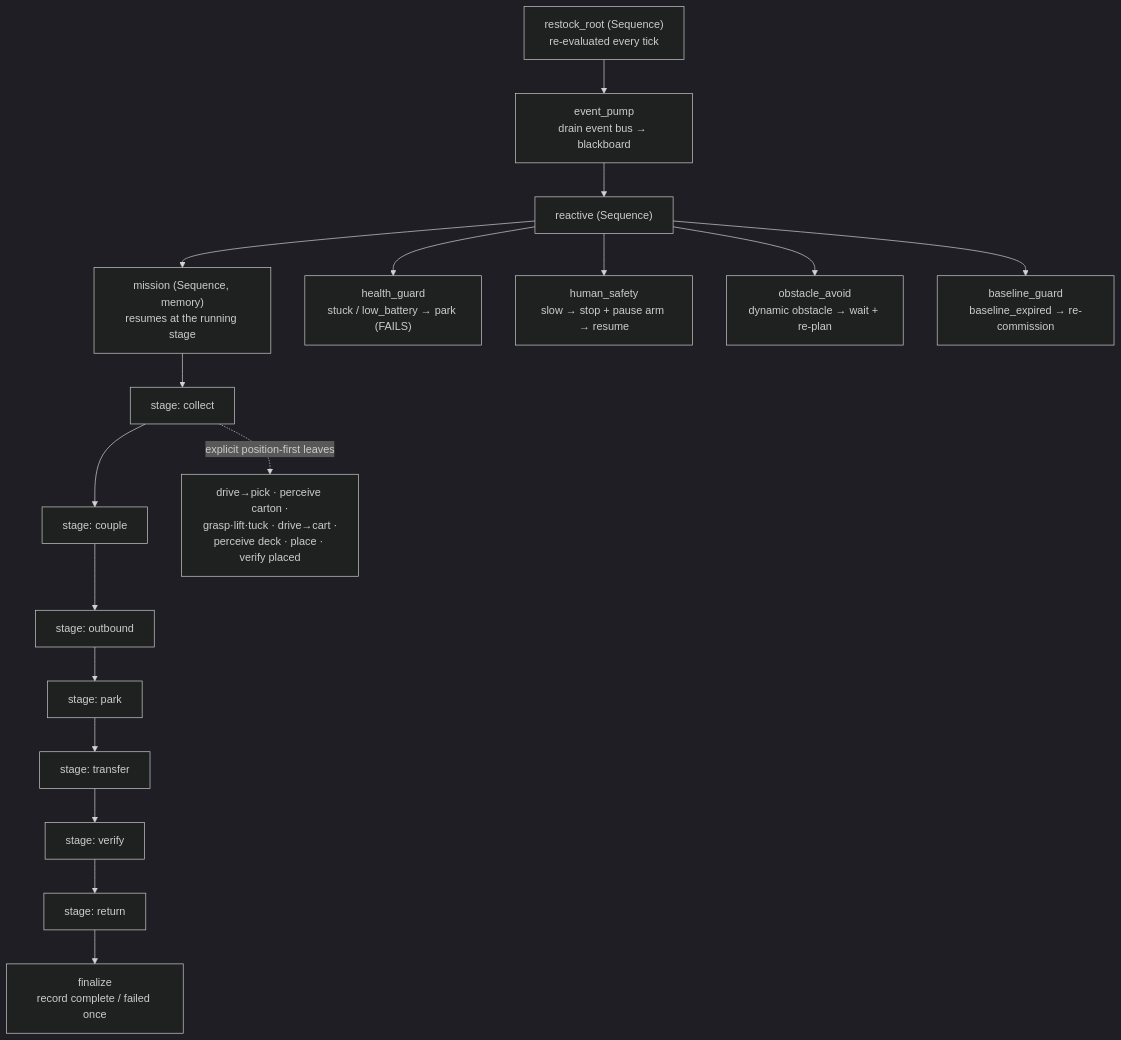
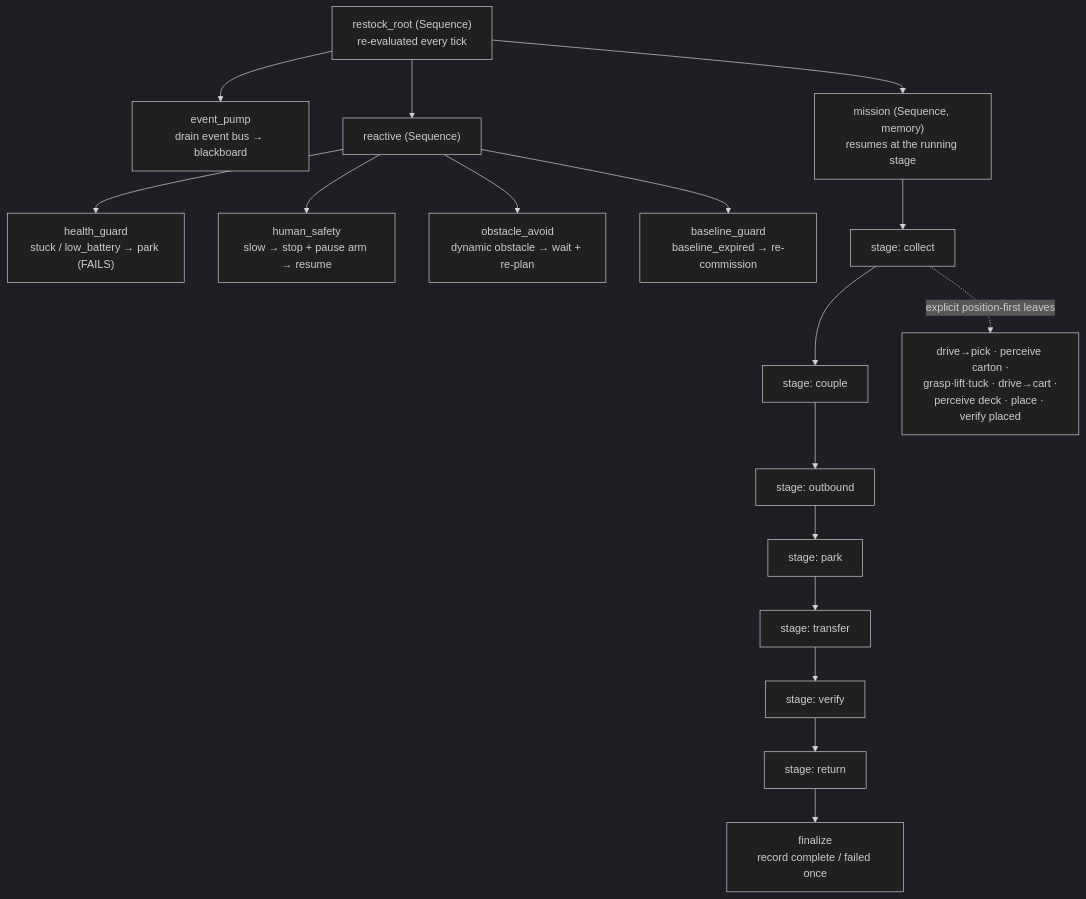
Before and after one commit to ailerobotics/blender-supermarket: the second of 2 diagrams in README.md, drawn with Mermaid (dark theme).

Commit message:
fix(readme): BT diagram — event_pump/reactive/mission are siblings of restock_root
Match the real tree shape in docs/restock_bt.md (root Sequence has three
children; mission was wrongly nested under reactive). Both Mermaid diagrams
re-validated by local render.

````diff
--- a/README.md
+++ b/README.md
@@ -149,29 +149,31 @@
 ```mermaid
 flowchart TD
     ROOT["restock_root (Sequence)<br/>re-evaluated every tick"]
     PUMP["event_pump<br/>drain event bus → blackboard"]
     REACT["reactive (Sequence)"]
     MISS["mission (Sequence, memory)<br/>resumes at the running stage"]
-    ROOT --> PUMP --> REACT --> MISS
+    ROOT --> PUMP
+    ROOT --> REACT
+    ROOT --> MISS
 
     HG["health_guard<br/>stuck / low_battery → park (FAILS)"]
     HS["human_safety<br/>slow → stop + pause arm → resume"]
     OA["obstacle_avoid<br/>dynamic obstacle → wait + re-plan"]
     BG["baseline_guard<br/>baseline_expired → re-commission"]
     REACT --> HG
     REACT --> HS
     REACT --> OA
     REACT --> BG
 
     S1["stage: collect"]
     S2["stage: couple"]
     S3["stage: outbound"]
     S4["stage: park"]
     S5["stage: transfer"]
     S6["stage: verify"]
     S7["stage: return"]
     FIN["finalize<br/>record complete / failed once"]
     MISS --> S1 --> S2 --> S3 --> S4 --> S5 --> S6 --> S7 --> FIN
 
     S1 -. "explicit position-first leaves" .-> C1["drive→pick · perceive carton ·<br/>grasp·lift·tuck · drive→cart ·<br/>perceive deck · place · verify placed"]
 ```
````
